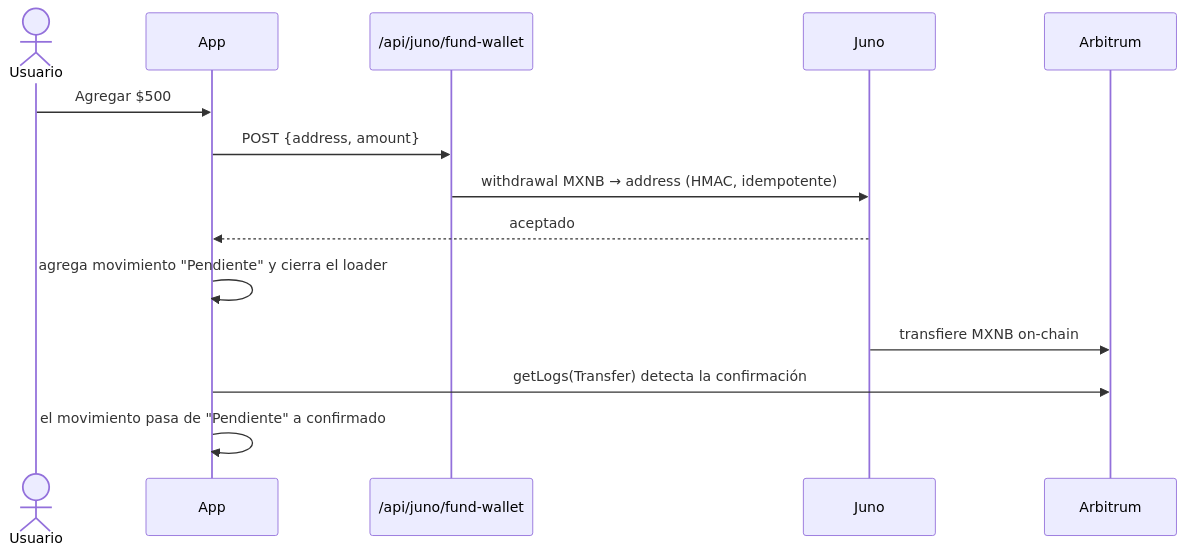
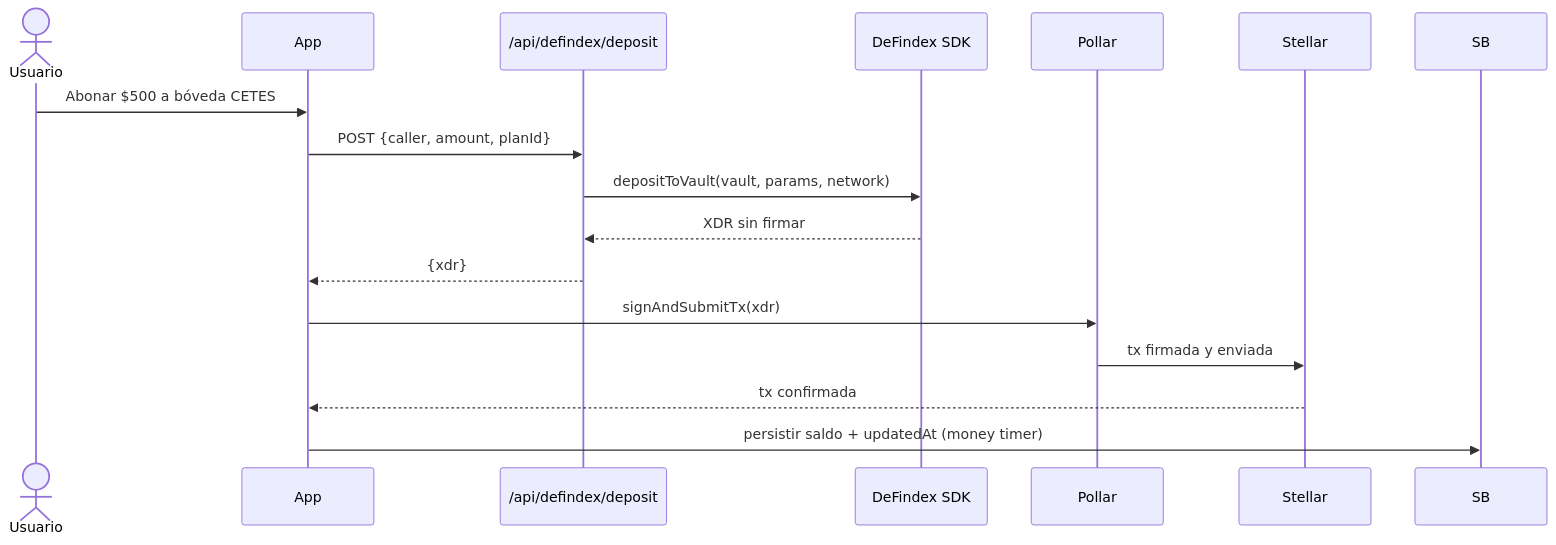
Before and after one commit to Seyfert-Labs/SEYF-P: the third of 5 diagrams in README.md, drawn with Mermaid. The commit also changed other lines of this file and 1 other file, not shown here.

First line of the commit message:
docs: update READMEs to reflect Stellar/DeFindex/Soroswap/Etherfuse architecture

````diff
--- a/README.md
+++ b/README.md
@@ -193,16 +166,18 @@
 ```mermaid
 sequenceDiagram
     actor U as Usuario
     participant App
-    participant API as /api/juno/fund-wallet
-    participant Juno
-    participant Arb as Arbitrum
-    U->>App: Agregar $500
-    App->>API: POST {address, amount}
-    API->>Juno: withdrawal MXNB → address (HMAC, idempotente)
-    Juno-->>App: aceptado
-    App->>App: agrega movimiento "Pendiente" y cierra el loader
-    Juno->>Arb: transfiere MXNB on-chain
-    App->>Arb: getLogs(Transfer) detecta la confirmación
-    App->>App: el movimiento pasa de "Pendiente" a confirmado
+    participant API as /api/defindex/deposit
+    participant SDK as DeFindex SDK
+    participant Pollar
+    participant Stellar
+    U->>App: Abonar $500 a bóveda CETES
+    App->>API: POST {caller, amount, planId}
+    API->>SDK: depositToVault(vault, params, network)
+    SDK-->>API: XDR sin firmar
+    API-->>App: {xdr}
+    App->>Pollar: signAndSubmitTx(xdr)
+    Pollar->>Stellar: tx firmada y enviada
+    Stellar-->>App: tx confirmada
+    App->>SB: persistir saldo + updatedAt (money timer)
 ```
````
